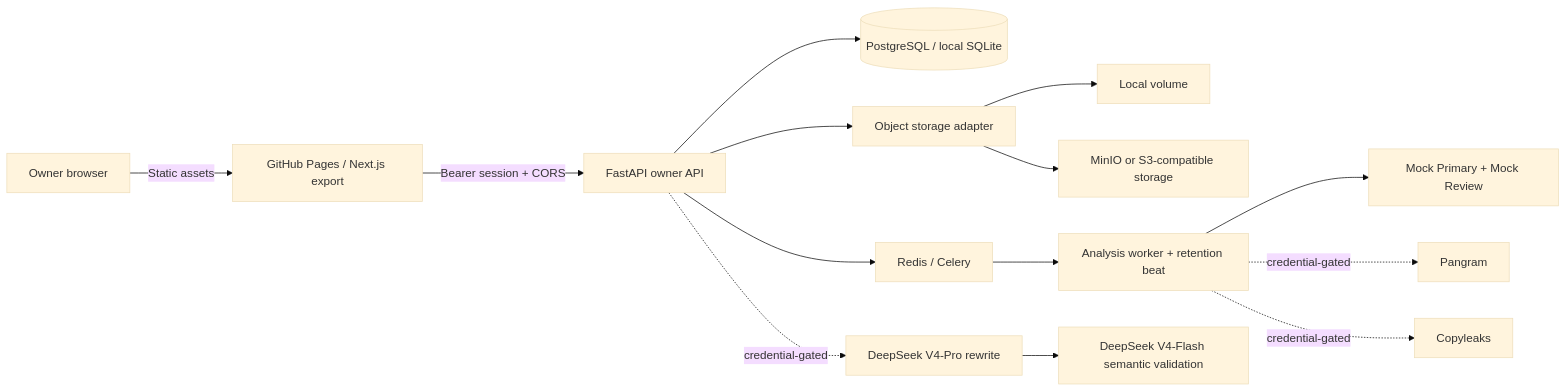
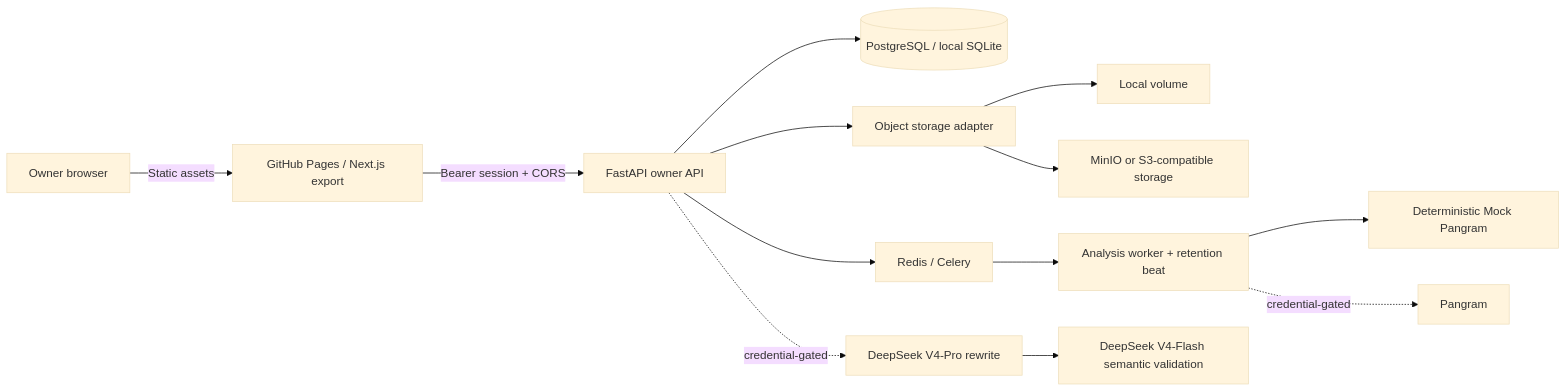
One commit to k8w98rr595-blip/academic-writing-agent changed the diagram in docs/ARCHITECTURE.md. Above: the diagram before and after it, drawn with Mermaid (base theme). The commit also changed other lines of this file and 36 other files, not shown here.

````diff
--- a/docs/ARCHITECTURE.md
+++ b/docs/ARCHITECTURE.md
@@ -5,16 +5,15 @@
 ```mermaid
 flowchart LR
   U["Owner browser"] -->|"Static assets"| P["GitHub Pages / Next.js export"]
   P -->|"Bearer session + CORS"| A["FastAPI owner API"]
   A --> D[("PostgreSQL / local SQLite")]
   A --> O["Object storage adapter"]
   O --> L["Local volume"]
   O --> M["MinIO or S3-compatible storage"]
   A --> Q["Redis / Celery"]
   Q --> W["Analysis worker + retention beat"]
-  W --> DP["Mock Primary + Mock Review"]
+  W --> DP["Deterministic Mock Pangram"]
   W -. "credential-gated" .-> PG["Pangram"]
-  W -. "credential-gated" .-> CL["Copyleaks"]
   A -. "credential-gated" .-> DS["DeepSeek V4-Pro rewrite"]
   DS --> DV["DeepSeek V4-Flash semantic validation"]
 ```
````
